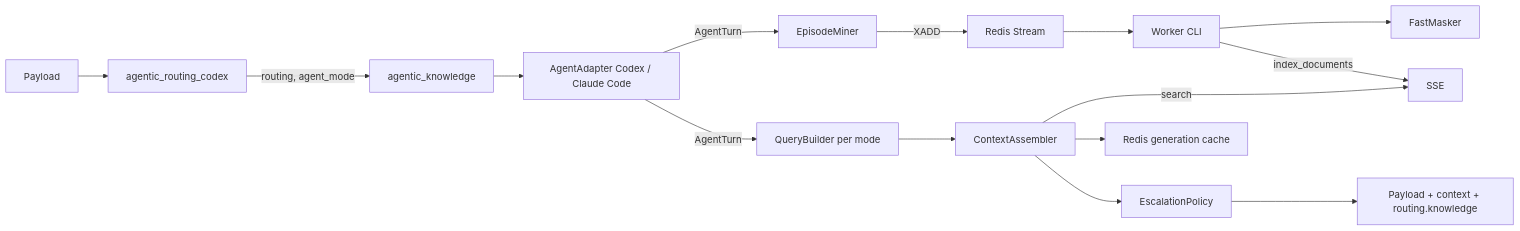
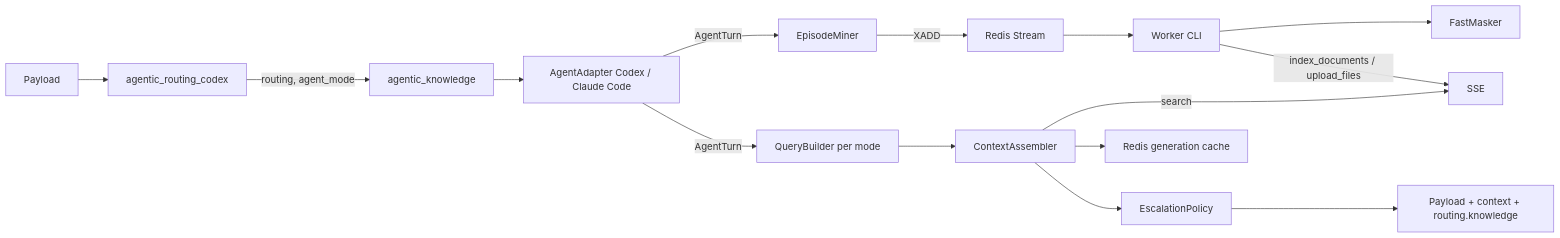
Before and after one commit to radlab-dev-group/llm-router-plugins: the diagram in llm_router_plugins/utils/knowledge/agentic_knowledge/README.md, drawn with Mermaid. The commit also changed other lines of this file, not shown here.

Commit message:
docs(knowledge): update document upload process and forced republishing guidelines

````diff
--- a/llm_router_plugins/utils/knowledge/agentic_knowledge/README.md
+++ b/llm_router_plugins/utils/knowledge/agentic_knowledge/README.md
@@ -113,17 +115,17 @@
 ```mermaid
 graph LR
   P[Payload] --> R[agentic_routing_codex]
   R -->|routing, agent_mode| K[agentic_knowledge]
   K --> A[AgentAdapter Codex / Claude Code]
   A -->|AgentTurn| M[EpisodeMiner]
   A -->|AgentTurn| Q[QueryBuilder per mode]
   Q --> C[ContextAssembler]
   C -->|search| S[SSE]
   C --> RC[Redis generation cache]
   M -->|XADD| ST[Redis Stream]
   ST --> W[Worker CLI]
   W --> FM[FastMasker]
-  W -->|index_documents| S
+  W -->|index_documents / upload_files| S
   C --> E[EscalationPolicy]
   E --> O[Payload + context + routing.knowledge]
 ```
````
